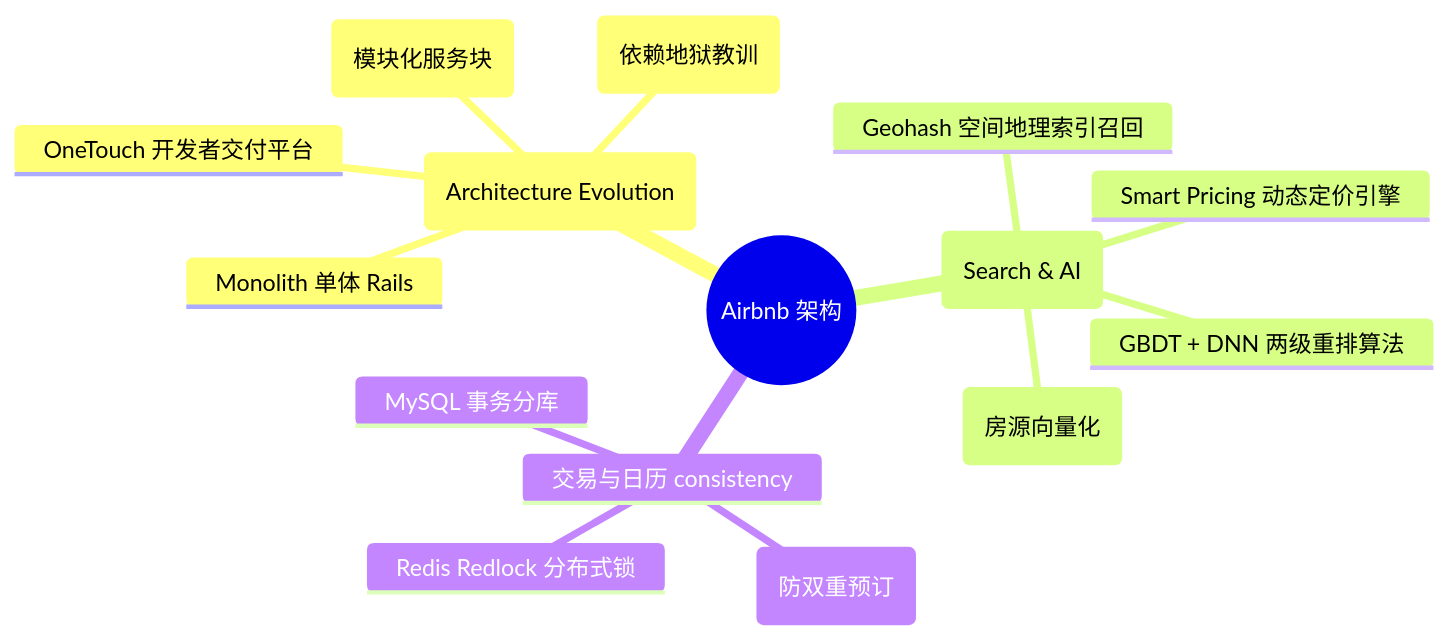
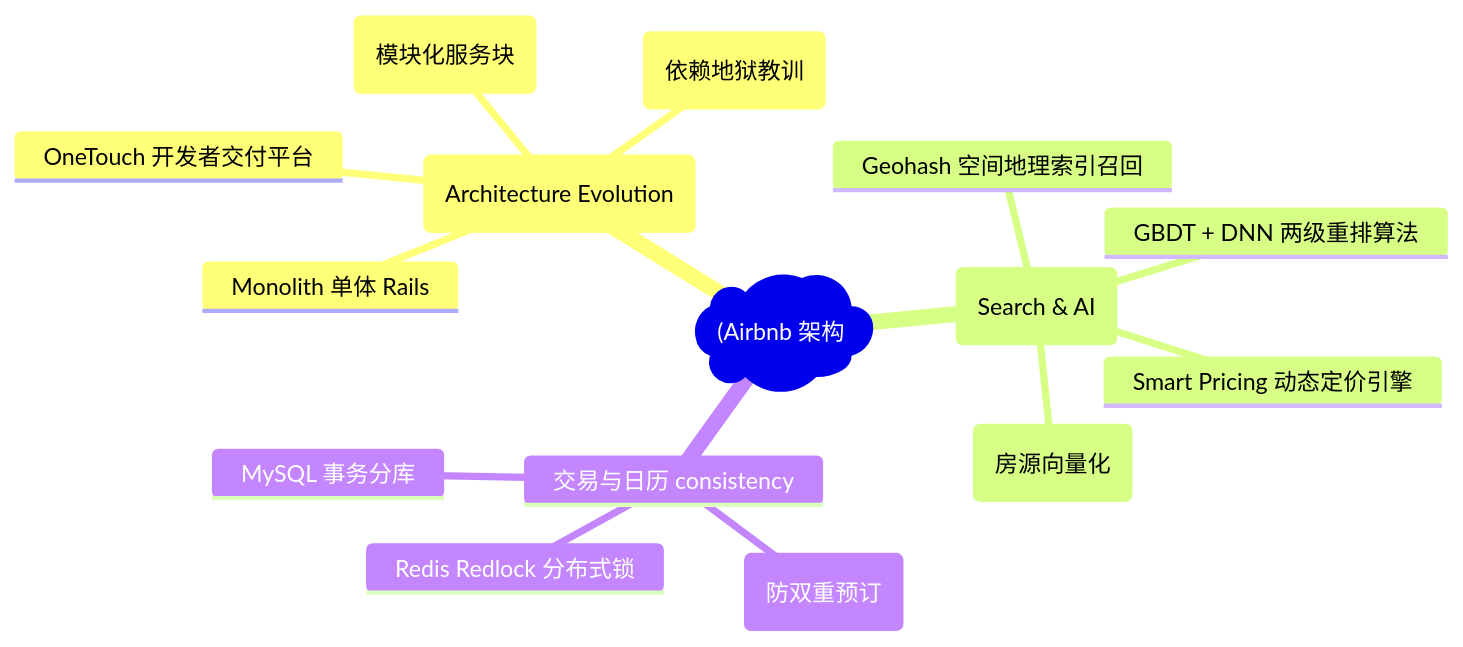
The second of 6 diagrams in docs/atlas/airbnb.mdx (koosai/AI-Architect-Learning), drawn with Mermaid before and after one commit. The commit also changed 187 other files, not shown here.

Commit message:
fix(mermaid): fix all unquoted parens and edge label syntax errors across all docs

````diff
--- a/docs/atlas/airbnb.mdx
+++ b/docs/atlas/airbnb.mdx
@@ -87,18 +87,18 @@
 ```mermaid
 mindmap
-  root((Airbnb 架构))
+  root("(Airbnb 架构"))
     服务化演进 (Architecture Evolution)
       Monolith 单体 Rails
       Microservices 极度拆分 (依赖地狱教训)
       Service Blocks (模块化服务块)
       OneTouch 开发者交付平台
     非标房源搜推引擎 (Search & AI)
       Geohash 空间地理索引召回
       Listing Embedding (房源向量化)
       GBDT + DNN 两级重排算法
       Smart Pricing 动态定价引擎
     交易与日历 consistency
       Calendar Availability Locking (防双重预订)
       Redis Redlock 分布式锁
       MySQL 事务分库
 ```
````
